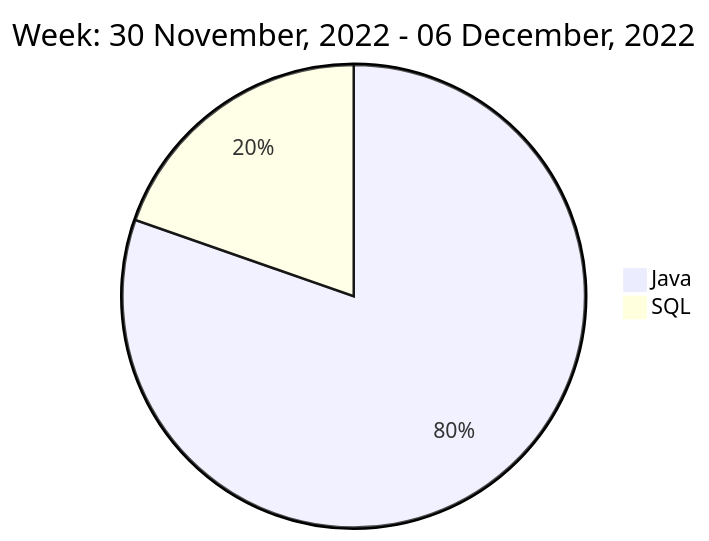
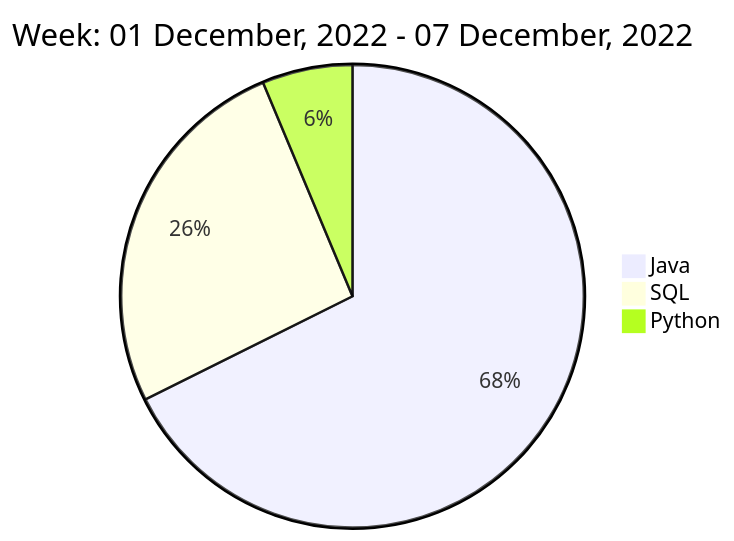
One commit to liubin95/liubin95 changed the diagram in README.md. Above: the diagram before and after it, drawn with Mermaid.

Commit message:
Updated the Graph with new Metrics

````diff
--- a/README.md
+++ b/README.md
@@ -40,6 +40,7 @@
 ```mermaid
  pie
-title Week: 30 November, 2022 - 06 December, 2022
- "Java" : 15.25
- "SQL" : 3.73
+title Week: 01 December, 2022 - 07 December, 2022
+ "Java" : 12.65
+ "SQL" : 4.87
+ "Python" : 1.18
 ```
````
